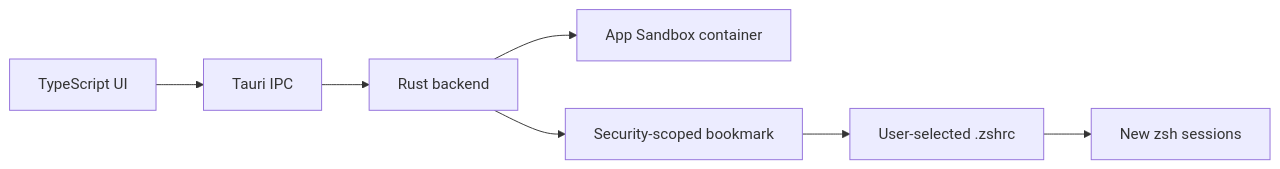
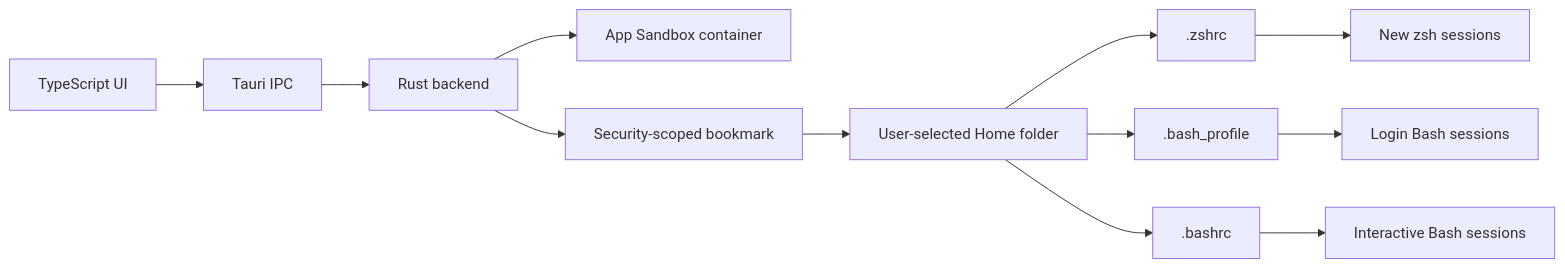
Before and after one commit to hannesgnann-hub/easyalias: the first of 5 diagrams in mac_src_app_store/docs/ARCHITECTURE.md, drawn with Mermaid. The commit also changed other lines of this file and 3 other files, not shown here.

````diff
--- a/mac_src_app_store/docs/ARCHITECTURE.md
+++ b/mac_src_app_store/docs/ARCHITECTURE.md
@@ -16,9 +16,14 @@
 ```mermaid
 flowchart LR
   UI["TypeScript UI"] --> Tauri["Tauri IPC"]
   Tauri --> Rust["Rust backend"]
   Rust --> Container["App Sandbox container"]
   Rust --> Bookmark["Security-scoped bookmark"]
-  Bookmark --> Zshrc["User-selected .zshrc"]
-  Zshrc --> Terminal["New zsh sessions"]
+  Bookmark --> Home["User-selected Home folder"]
+  Home --> Zshrc[".zshrc"]
+  Home --> BashProfile[".bash_profile"]
+  Home --> Bashrc[".bashrc"]
+  Zshrc --> Zsh["New zsh sessions"]
+  BashProfile --> LoginBash["Login Bash sessions"]
+  Bashrc --> InteractiveBash["Interactive Bash sessions"]
 ```
````
